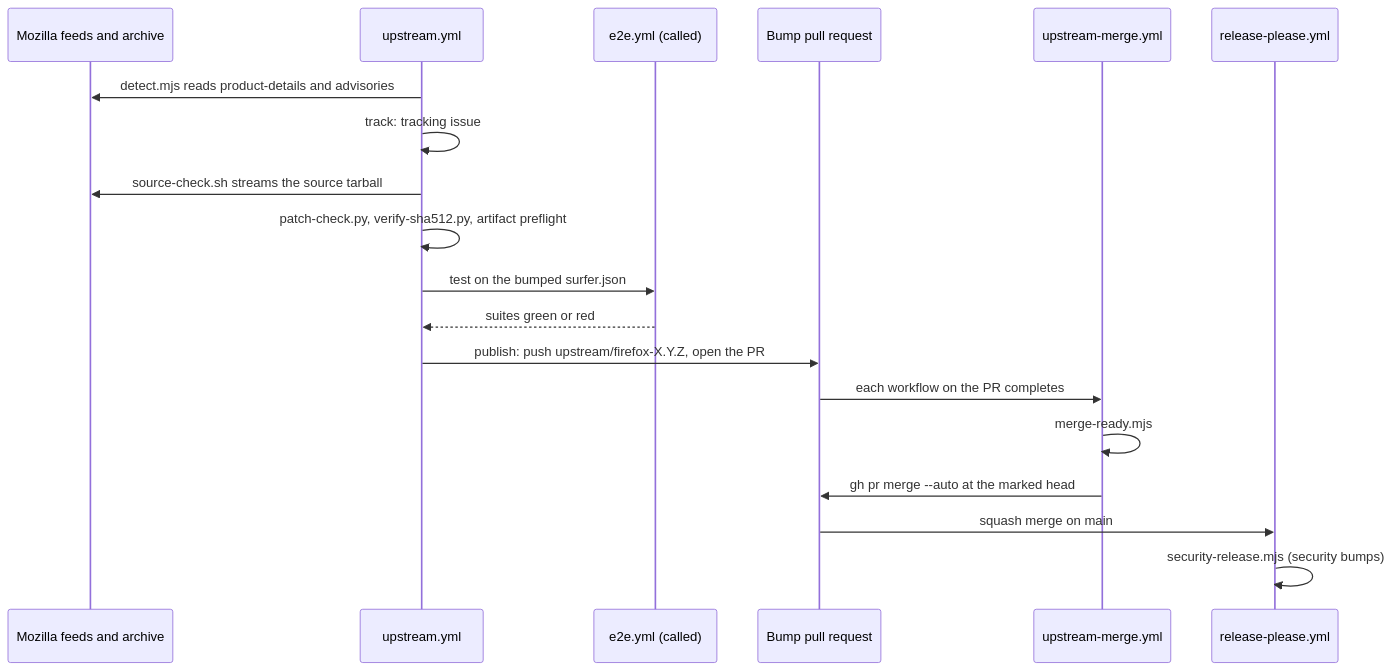
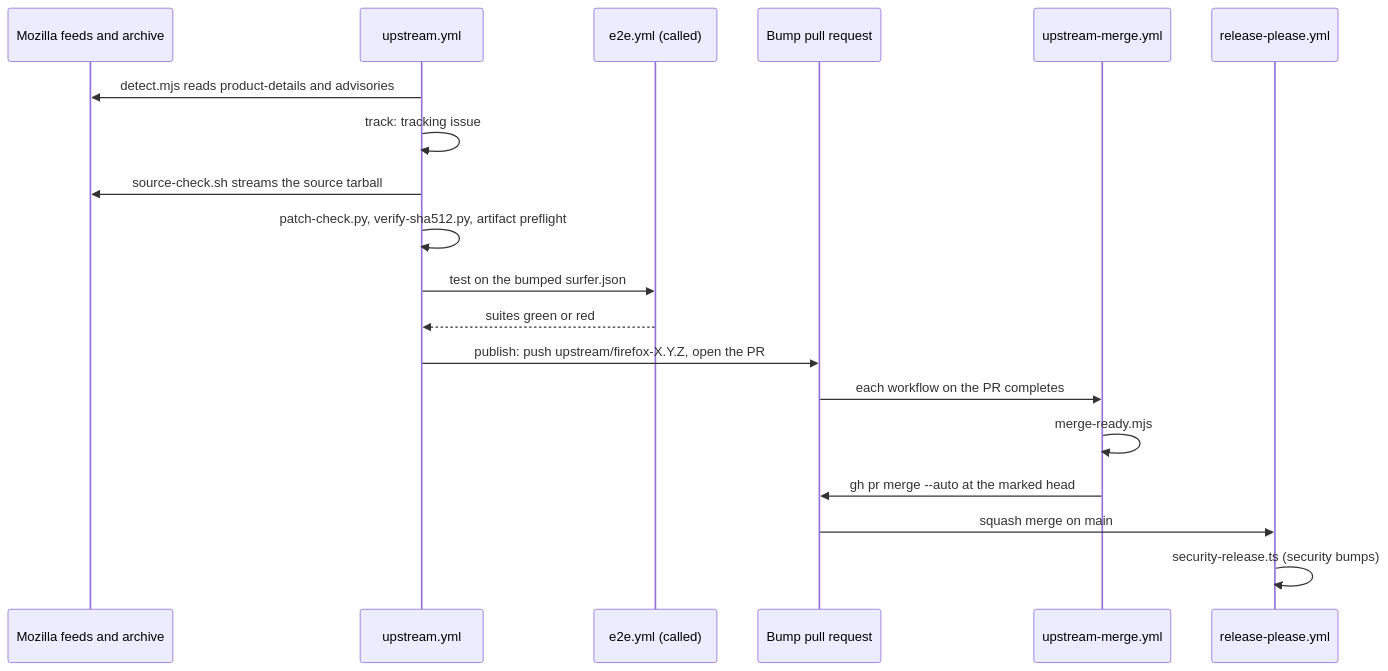
Before and after one commit to vimma-browser/vimma: the diagram in docs/architecture/upstream-autopilot.md, drawn with Mermaid. The commit also changed other lines of this file and 38 other files, not shown here.

````diff
--- a/docs/architecture/upstream-autopilot.md
+++ b/docs/architecture/upstream-autopilot.md
@@ -17,21 +17,21 @@
 ```mermaid
 sequenceDiagram
   participant Moz as Mozilla feeds and archive
   participant U as upstream.yml
   participant E as e2e.yml (called)
   participant PR as Bump pull request
   participant M as upstream-merge.yml
   participant RP as release-please.yml
   U->>Moz: detect.mjs reads product-details and advisories
   U->>U: track: tracking issue
   U->>Moz: source-check.sh streams the source tarball
   U->>U: patch-check.py, verify-sha512.py, artifact preflight
   U->>E: test on the bumped surfer.json
   E-->>U: suites green or red
   U->>PR: publish: push upstream/firefox-X.Y.Z, open the PR
   PR->>M: each workflow on the PR completes
   M->>M: merge-ready.mjs
   M->>PR: gh pr merge --auto at the marked head
   PR->>RP: squash merge on main
-  RP->>RP: security-release.mjs (security bumps)
+  RP->>RP: security-release.ts (security bumps)
 ```
````
